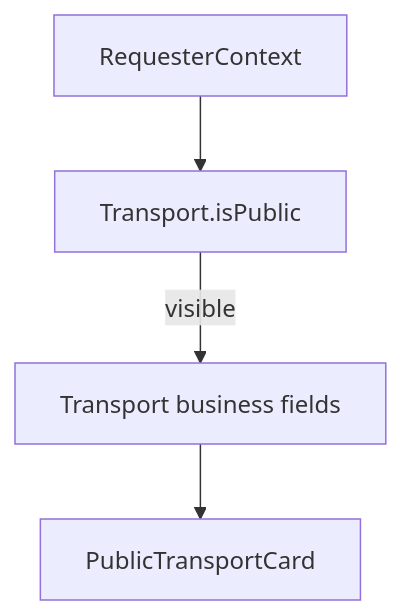
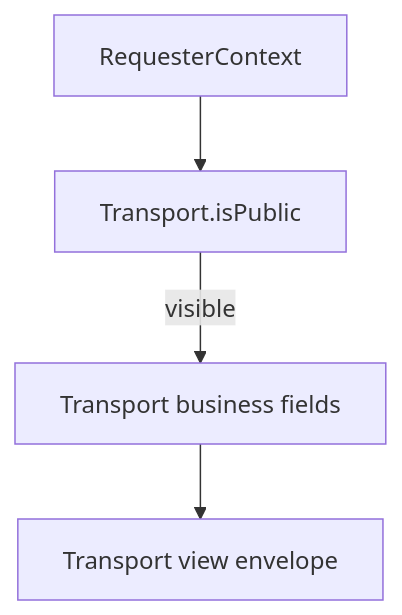
The diagram in equus/docs/engineering/entities/transports.md (jpsm83/horse), drawn with Mermaid before and after one commit. The commit also changed other lines of this file and 9 other files, not shown here.

Commit message:
docs: point entity GET at getXView after card removal

````diff
--- a/equus/docs/engineering/entities/transports.md
+++ b/equus/docs/engineering/entities/transports.md
@@ -27,11 +27,11 @@
 ```mermaid
 flowchart TB
   requester[RequesterContext]
   transportRules[Transport.isPublic]
   entityContact[Transport business fields]
-  publicCard[PublicTransportCard]
+  viewEnvelope[Transport view envelope]
 
   requester --> transportRules
   transportRules -->|"visible"| entityContact
-  entityContact --> publicCard
+  entityContact --> viewEnvelope
 ```
````
